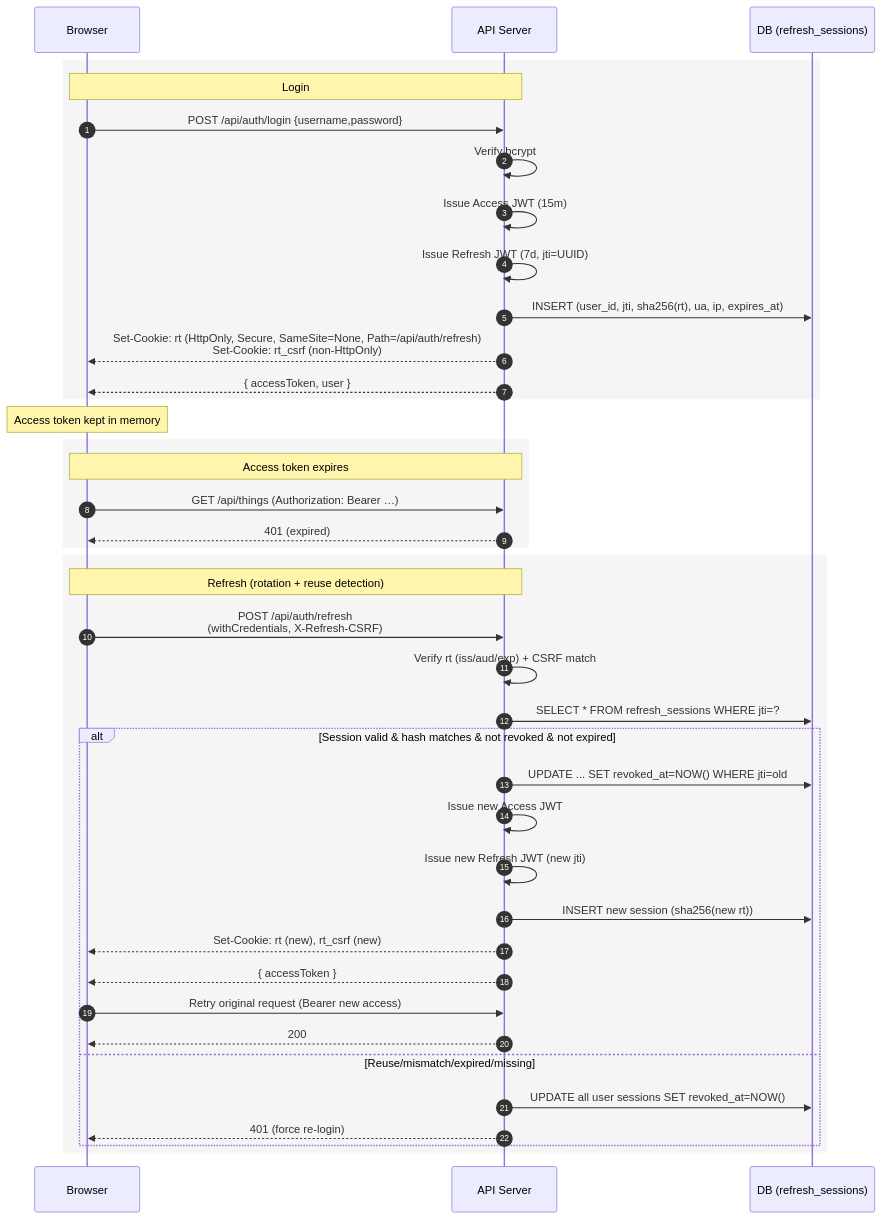
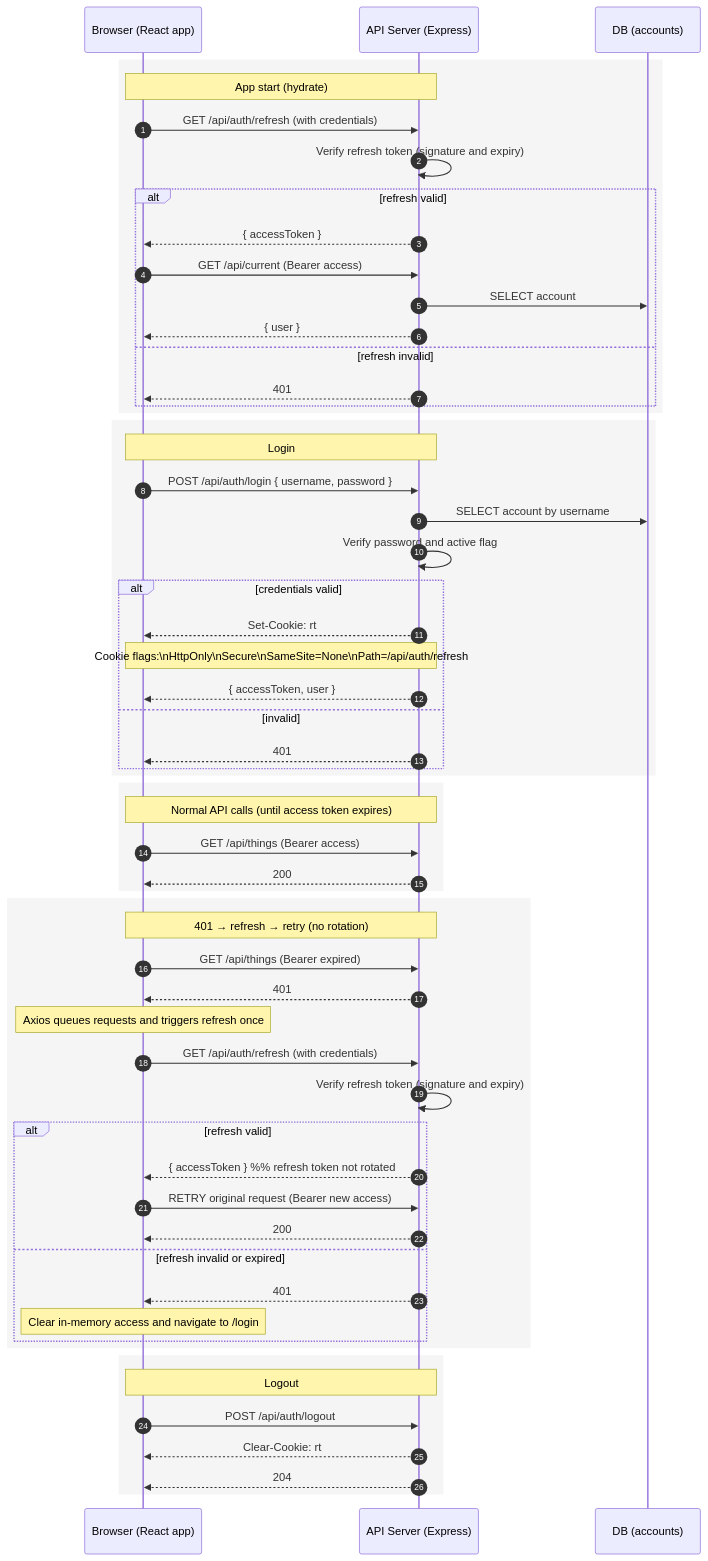
One commit to shannenlolol/tms-app changed the diagram in sequence diagram.md. Above: the diagram before and after it, drawn with Mermaid. The commit also changed 3 other files, not shown here.

````diff
--- a/sequence diagram.md
+++ b/sequence diagram.md
@@ -1,46 +1,67 @@
 ```mermaid
 sequenceDiagram
   autonumber
-  participant B as Browser
-  participant A as API Server
-  participant D as DB (refresh_sessions)
+  participant B as Browser (React app)
+  participant A as API Server (Express)
+  participant D as DB (accounts)
+
+  rect rgb(245,245,245)
+  Note over B,A: App start (hydrate)
+  B->>A: GET /api/auth/refresh (with credentials)
+  A->>A: Verify refresh token (signature and expiry)
+  alt refresh valid
+    A-->>B: { accessToken }
+    B->>A: GET /api/current (Bearer access)
+    A->>D: SELECT account
+    A-->>B: { user }
+  else refresh invalid
+    A-->>B: 401
+  end
+  end
 
   rect rgb(245,245,245)
   Note over B,A: Login
-  B->>A: POST /api/auth/login {username,password}
-  A->>A: Verify bcrypt
-  A->>A: Issue Access JWT (15m)
-  A->>A: Issue Refresh JWT (7d, jti=UUID)
-  A->>D: INSERT (user_id, jti, sha256(rt), ua, ip, expires_at)
-  A-->>B: Set-Cookie: rt (HttpOnly, Secure, SameSite=None, Path=/api/auth/refresh)<br/>Set-Cookie: rt_csrf (non-HttpOnly)
-  A-->>B: { accessToken, user }
+  B->>A: POST /api/auth/login { username, password }
+  A->>D: SELECT account by username
+  A->>A: Verify password and active flag
+  alt credentials valid
+    A-->>B: Set-Cookie: rt
+    Note over A,B: Cookie flags:\nHttpOnly\nSecure\nSameSite=None\nPath=/api/auth/refresh
+    A-->>B: { accessToken, user }
+  else invalid
+    A-->>B: 401
   end
-
-  Note over B: Access token kept in memory
-
-  rect rgb(245,245,245)
-  Note over B,A: Access token expires
-  B->>A: GET /api/things (Authorization: Bearer …)
-  A-->>B: 401 (expired)
   end
 
   rect rgb(245,245,245)
-  Note over B,A: Refresh (rotation + reuse detection)
-  B->>A: POST /api/auth/refresh<br/>(withCredentials, X-Refresh-CSRF)
-  A->>A: Verify rt (iss/aud/exp) + CSRF match
-  A->>D: SELECT * FROM refresh_sessions WHERE jti=?
-  alt Session valid & hash matches & not revoked & not expired
-    A->>D: UPDATE ... SET revoked_at=NOW() WHERE jti=old
-    A->>A: Issue new Access JWT
-    A->>A: Issue new Refresh JWT (new jti)
-    A->>D: INSERT new session (sha256(new rt))
-    A-->>B: Set-Cookie: rt (new), rt_csrf (new)
-    A-->>B: { accessToken }
-    B->>A: Retry original request (Bearer new access)
+  Note over B,A: Normal API calls (until access token expires)
+  B->>A: GET /api/things (Bearer access)
+  A-->>B: 200
+  end
+
+  rect rgb(245,245,245)
+  Note over B,A: 401 → refresh → retry (no rotation)
+  B->>A: GET /api/things (Bearer expired)
+  A-->>B: 401
+  Note over B: Axios queues requests and triggers refresh once
+  B->>A: GET /api/auth/refresh (with credentials)
+  A->>A: Verify refresh token (signature and expiry)
+  alt refresh valid
+    A-->>B: { accessToken }  %% refresh token not rotated
+    B->>A: RETRY original request (Bearer new access)
     A-->>B: 200
-  else Reuse/mismatch/expired/missing
-    A->>D: UPDATE all user sessions SET revoked_at=NOW()
-    A-->>B: 401 (force re-login)
+  else refresh invalid or expired
+    A-->>B: 401
+    Note over B: Clear in-memory access and navigate to /login
   end
   end
+
+  rect rgb(245,245,245)
+  Note over B,A: Logout
+  B->>A: POST /api/auth/logout
+  A-->>B: Clear-Cookie: rt
+  A-->>B: 204
+  end
+
+
 ```
````
